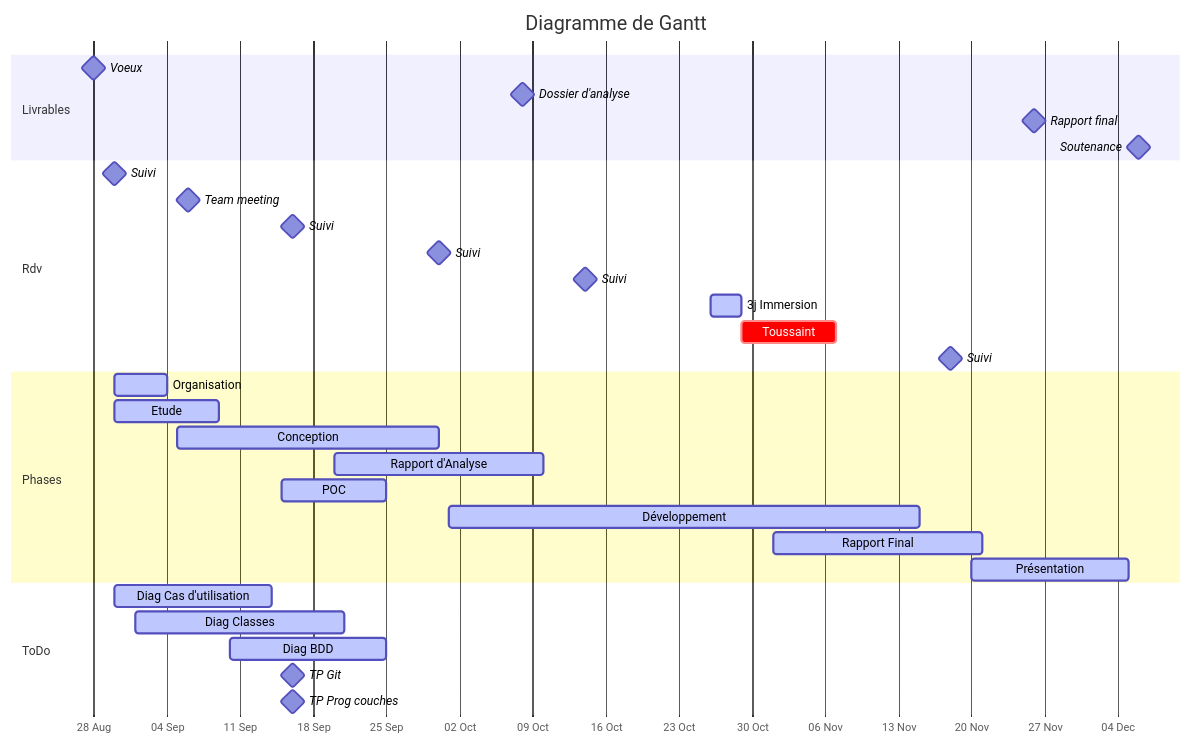
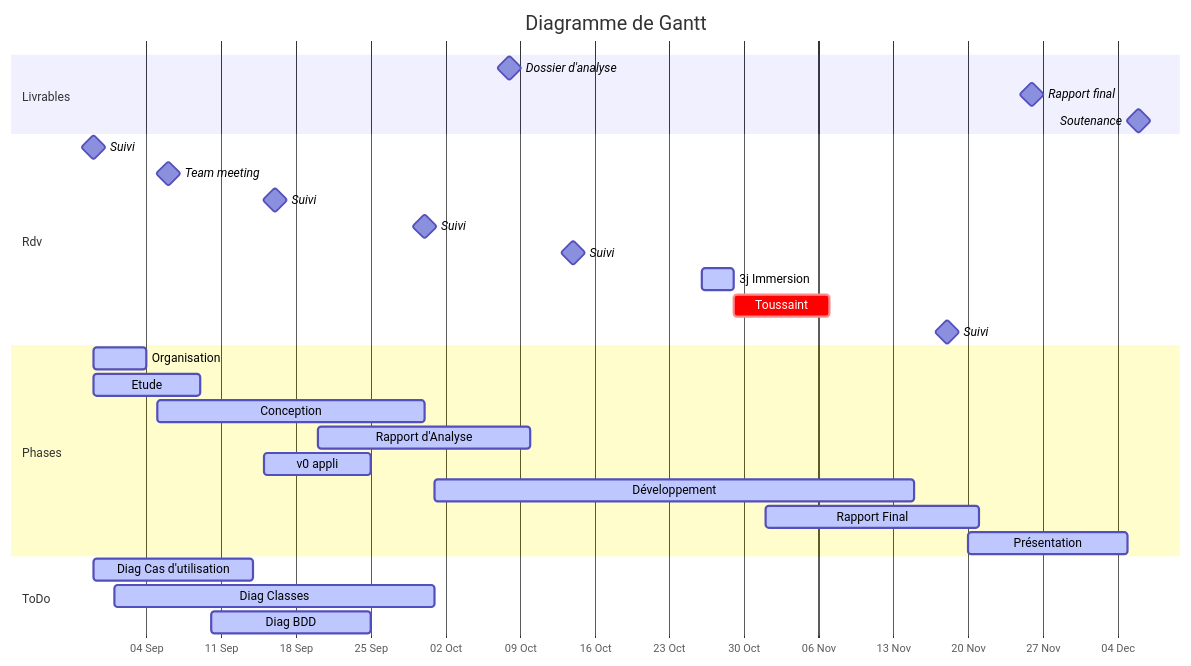
Before and after one commit to ludo2ne/projet-info-2A: the diagram in doc/suivi.md, drawn with Mermaid. The commit also changed other lines of this file and 5 other files, not shown here.

````diff
--- a/doc/suivi.md
+++ b/doc/suivi.md
@@ -26,44 +25,43 @@
 ```mermaid
 gantt
     %% Faites bien attention a la syntaxe sinon ca va planter !
     %% doc : https://mermaid-js.github.io/mermaid/#/./gantt
     dateFormat  YYYY-MM-DD
     axisFormat  %d %b
+    %% todayMarker off
     title       Diagramme de Gantt
-    %%excludes  YYYY-MM-DD and/or sunday and/or weekends 
+    %% excludes  YYYY-MM-DD and/or sunday and/or weekends 
 
     section Livrables
-    Voeux                        :milestone, 2022-08-28, 0d
+    %% Voeux                        :milestone, 2022-08-28, 0d
     Dossier d'analyse            :milestone, 2022-10-08, 0d
     Rapport final                :milestone, 2022-11-26, 0d
     Soutenance                   :milestone, 2022-12-06, 0d
     
     section Rdv
     Suivi                        :milestone, 2022-08-30, 0d
     Team meeting                 :milestone, 2022-09-06, 0d
     Suivi                        :milestone, 2022-09-16, 0d
     Suivi                        :milestone, 2022-09-30, 0d
     Suivi                        :milestone, 2022-10-14, 0d
     3j Immersion                 :active,    2022-10-26, 3d
     Toussaint                    :crit,      2022-10-29, 9d
     Suivi                        :milestone, 2022-11-18, 0d
 
     section Phases
     Organisation                 :active,      2022-08-30, 5d
     Etude                        :active,      2022-08-30, 10d
     Conception                   :active,      2022-09-05, 25d
     Rapport d'Analyse            :active,      2022-09-20, 20d
-    POC                          :active,      2022-09-15, 10d
+    v0 appli                     :active,      2022-09-15, 10d
     Développement                :active,      2022-10-01, 45d
     Rapport Final                :active,      2022-11-01, 20d
     Présentation                 :active,      2022-11-20, 15d
     
     
     section ToDo
     Diag Cas d'utilisation       :active,      2022-08-30, 15d
-    Diag Classes                 :active,      2022-09-01, 20d
+    Diag Classes                 :active,      2022-09-01, 30d
     Diag BDD                     :active,      2022-09-10, 15d
-    TP Git                       :milestone,   2022-09-16, 0d
-    TP Prog couches              :milestone,   2022-09-16, 0d
     %%Stats univariées retraités   :done,         2021-11-28, 3d
 ```
````
